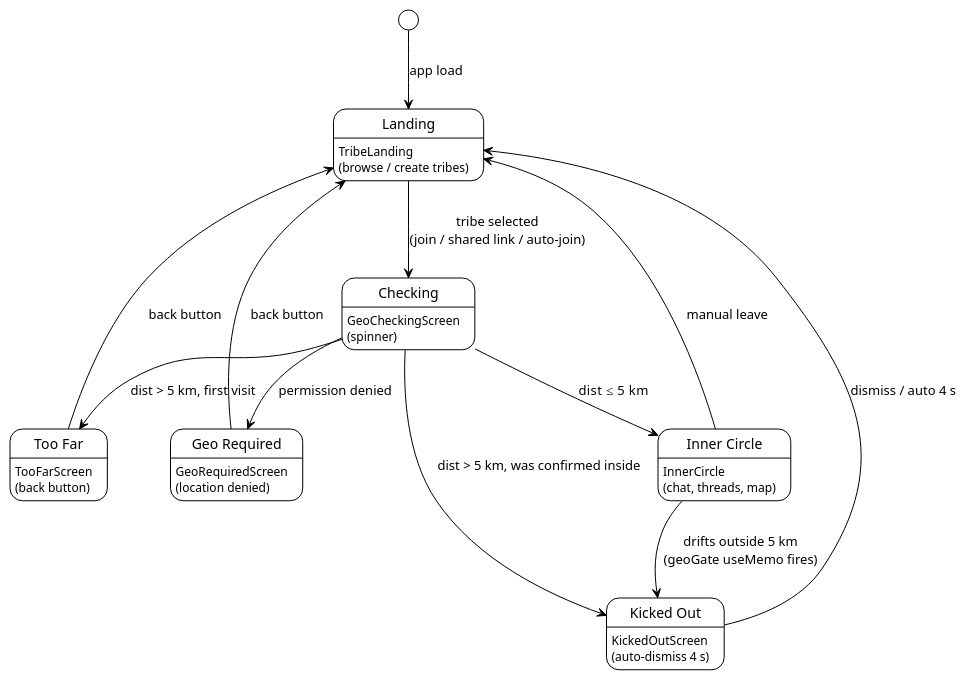
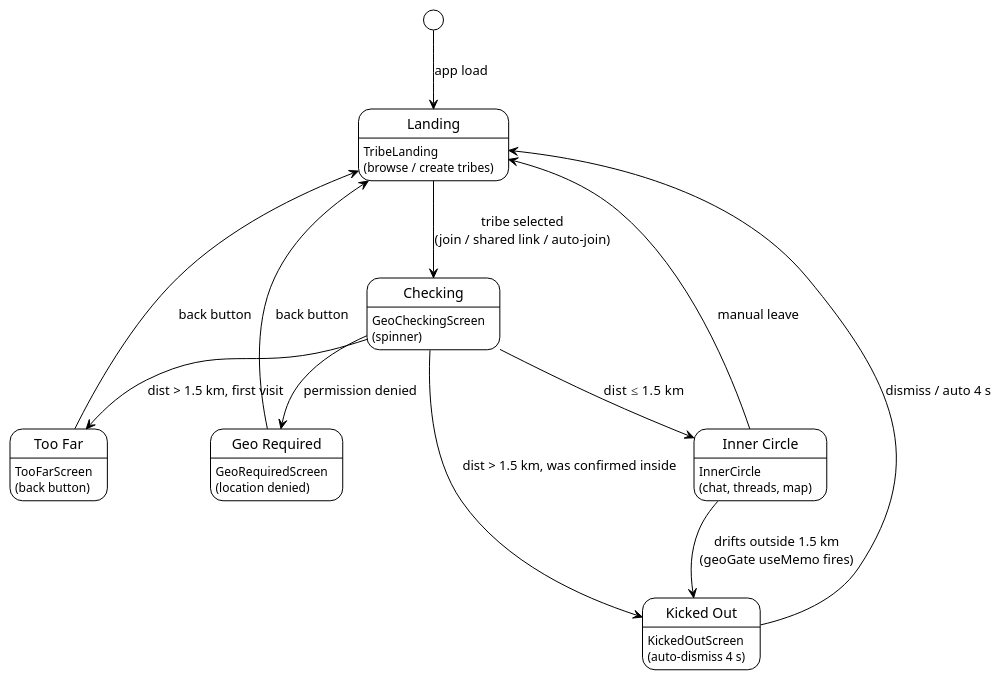
The diagram in docs/diagrams/screen-flow.puml (PIsberg/tribe-app), drawn with PlantUML before and after one commit. The commit also changed 9 other files, not shown here.

```diff
--- a/docs/diagrams/screen-flow.puml
+++ b/docs/diagrams/screen-flow.puml
@@ -1,28 +1,28 @@
 @startuml screen-flow
 !theme plain
 hide empty description
 skinparam defaultFontName monospace
 
 state "Landing" as L : TribeLanding\n(browse / create tribes)
 state "Checking" as GC : GeoCheckingScreen\n(spinner)
 state "Too Far" as TF : TooFarScreen\n(back button)
 state "Kicked Out" as KO : KickedOutScreen\n(auto-dismiss 4 s)
 state "Geo Required" as GD : GeoRequiredScreen\n(location denied)
 state "Inner Circle" as I : InnerCircle\n(chat, threads, map)
 
 [*]  --> L  : app load
 
 L   --> GC  : tribe selected\n(join / shared link / auto-join)
-GC  --> I   : dist ≤ 5 km
-GC  --> TF  : dist > 5 km, first visit
-GC  --> KO  : dist > 5 km, was confirmed inside
+GC  --> I   : dist ≤ 1.5 km
+GC  --> TF  : dist > 1.5 km, first visit
+GC  --> KO  : dist > 1.5 km, was confirmed inside
 GC  --> GD  : permission denied
 
-I   --> KO  : drifts outside 5 km\n(geoGate useMemo fires)
+I   --> KO  : drifts outside 1.5 km\n(geoGate useMemo fires)
 I   --> L   : manual leave
 
 TF  --> L   : back button
 KO  --> L   : dismiss / auto 4 s
 GD  --> L   : back button
 
 @enduml
```
